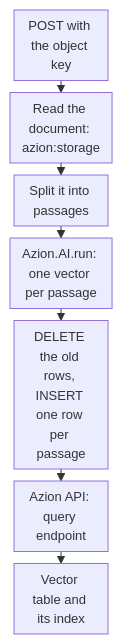
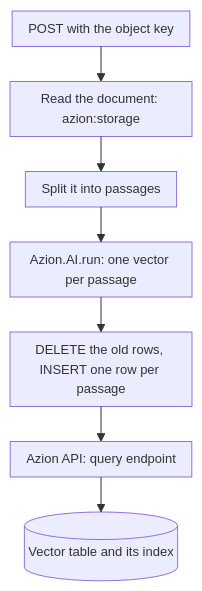
One commit to aziontech/docs changed the diagram in apps/docs/src/content/docs/en/pages/guides/agents-and-rag/embed-documents-into-a-vector-table.mdx. Above: the diagram before and after it, drawn with Mermaid. The commit also changed 179 other files, not shown here.

Commit message:
docs(diagrams): redraw every other diagram in the use-case diagram style (#2513)

````diff
--- a/apps/docs/src/content/docs/en/pages/guides/agents-and-rag/embed-documents-into-a-vector-table.mdx
+++ b/apps/docs/src/content/docs/en/pages/guides/agents-and-rag/embed-documents-into-a-vector-table.mdx
@@ -18,10 +18,10 @@
 ```mermaid
-%%{init: {"layout": "dagre", "themeVariables": {"fontSize": "13px"}, "flowchart": {"nodeSpacing": 12, "rankSpacing": 12, "padding": 6, "wrappingWidth": 70, "minNodeWidth": 40, "useMaxWidth": true}}}%%
+%%{init: {"layout": "elk", "themeVariables": {"fontSize": "13px"}, "flowchart": {"nodeSpacing": 24, "rankSpacing": 36, "padding": 8, "wrappingWidth": 150, "useMaxWidth": true}, "sequence": {"width": 120, "actorMargin": 30, "useMaxWidth": true}}}%%
 flowchart TD
   Req["POST with the object key"] --> Read["Read the document: azion:storage"]
   Read --> Split["Split it into passages"]
   Split --> Embed["Azion.AI.run: one vector per passage"]
   Embed --> Statements["DELETE the old rows, INSERT one row per passage"]
   Statements --> Api["Azion API: query endpoint"]
-  Api --> Table["Vector table and its index"]
+  Api --> Table[("Vector table and its index")]
 ```
````
